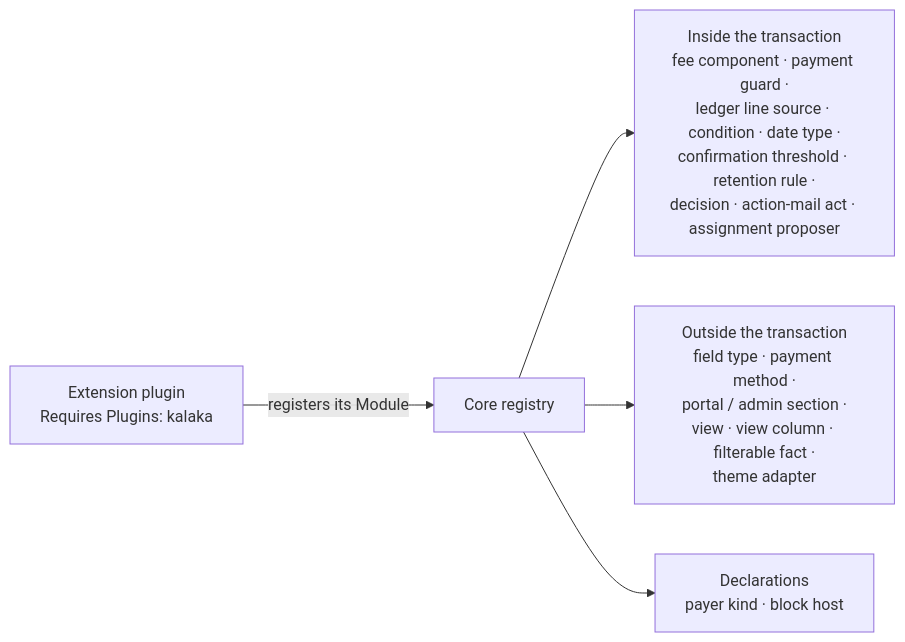
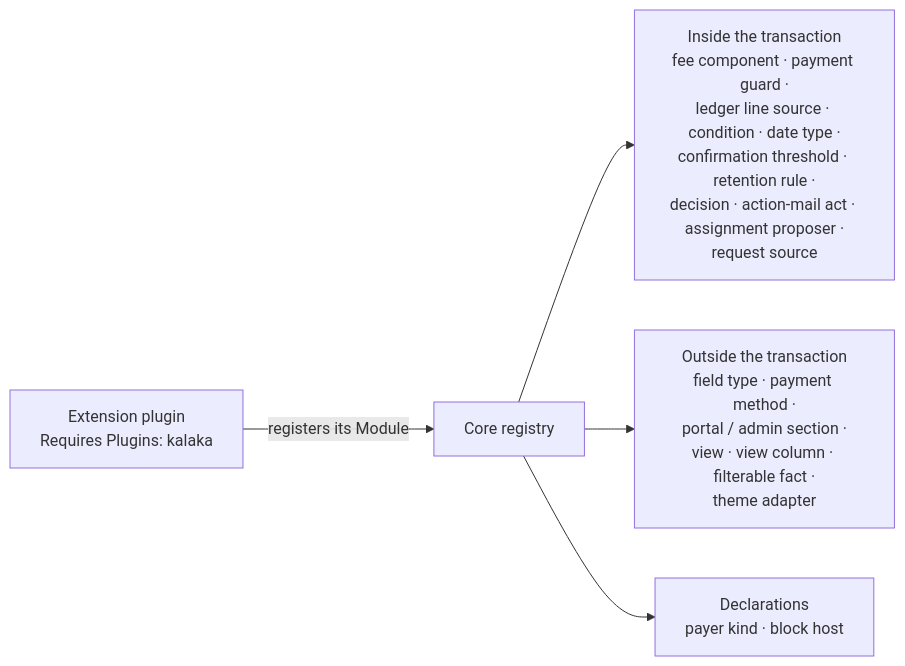
Before and after one commit to reformatus/kalaka: the second of 2 diagrams in docs/architecture/modules-and-extensions.md, drawn with Mermaid. The commit also changed other lines of this file and 48 other files, not shown here.

````diff
--- a/docs/architecture/modules-and-extensions.md
+++ b/docs/architecture/modules-and-extensions.md
@@ -289,7 +289,7 @@
 ```mermaid
 flowchart LR
   EP["Extension plugin<br/>Requires Plugins: kalaka"] -->|"registers its Module"| REG["Core registry"]
-  REG --> IN["Inside the transaction<br/>fee component · payment guard ·<br/>ledger line source · condition · date type ·<br/>confirmation threshold · retention rule ·<br/>decision · action-mail act · assignment proposer"]
+  REG --> IN["Inside the transaction<br/>fee component · payment guard ·<br/>ledger line source · condition · date type ·<br/>confirmation threshold · retention rule ·<br/>decision · action-mail act · assignment proposer ·<br/>request source"]
   REG --> OUT["Outside the transaction<br/>field type · payment method ·<br/>portal / admin section ·<br/>view · view column · filterable fact ·<br/>theme adapter"]
   REG --> DECL["Declarations<br/>payer kind · block host"]
 ```
````
